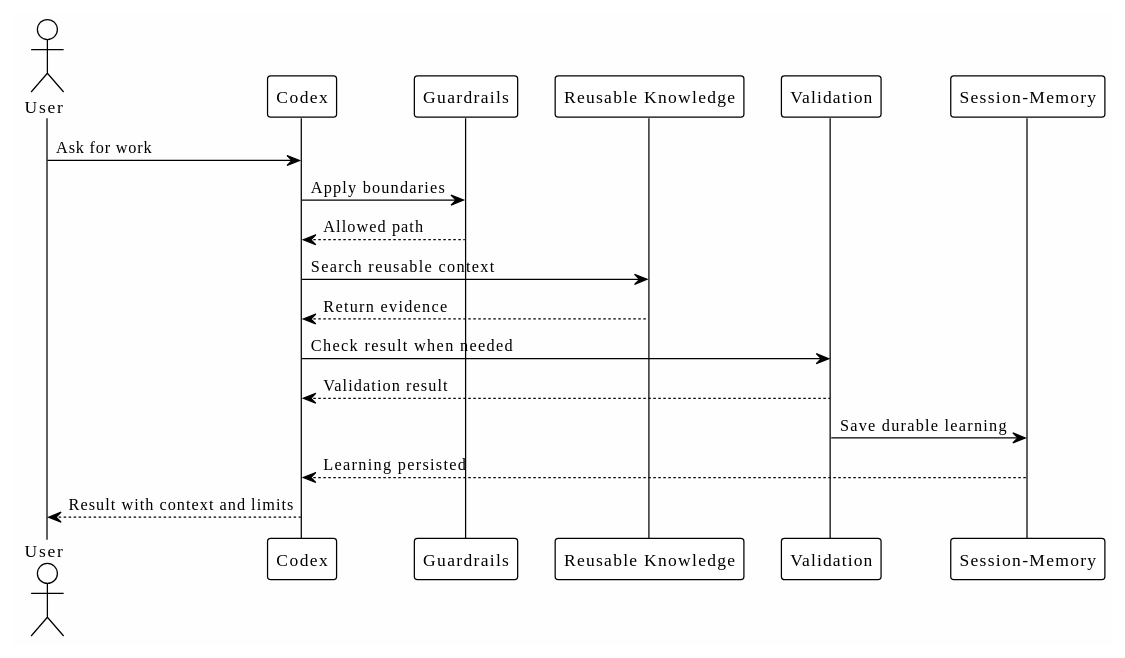
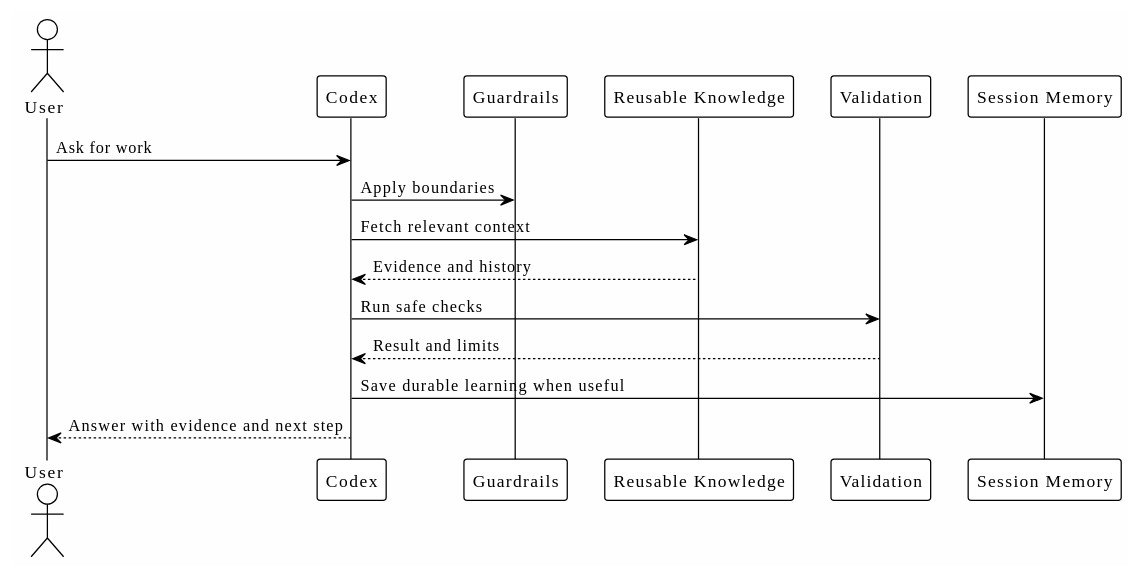
The diagram in docs/01-purpose.md (ivanhoinacki/codex-workflow-workbook), drawn with PlantUML before and after one commit. The commit also changed other lines of this file and 39 other files, not shown here.

````diff
--- a/docs/01-purpose.md
+++ b/docs/01-purpose.md
@@ -59,24 +44,22 @@
 ```plantuml
 @startuml
 !theme plain
 skinparam backgroundColor #FEFEFE
 
 actor User
 participant Codex
-participant "Guardrails" as Guardrails
+participant Guardrails
 participant "Reusable Knowledge" as Knowledge
-participant "Validation" as Validation
-participant "Session-Memory" as Memory
+participant Validation
+participant "Session Memory" as Memory
 
 User -> Codex: Ask for work
 Codex -> Guardrails: Apply boundaries
-Guardrails --> Codex: Allowed path
-Codex -> Knowledge: Search reusable context
-Knowledge --> Codex: Return evidence
-Codex -> Validation: Check result when needed
-Validation --> Codex: Validation result
-Validation -> Memory: Save durable learning
-Memory --> Codex: Learning persisted
-Codex --> User: Result with context and limits
+Codex -> Knowledge: Fetch relevant context
+Knowledge --> Codex: Evidence and history
+Codex -> Validation: Run safe checks
+Validation --> Codex: Result and limits
+Codex -> Memory: Save durable learning when useful
+Codex --> User: Answer with evidence and next step
 @enduml
 ```
````
